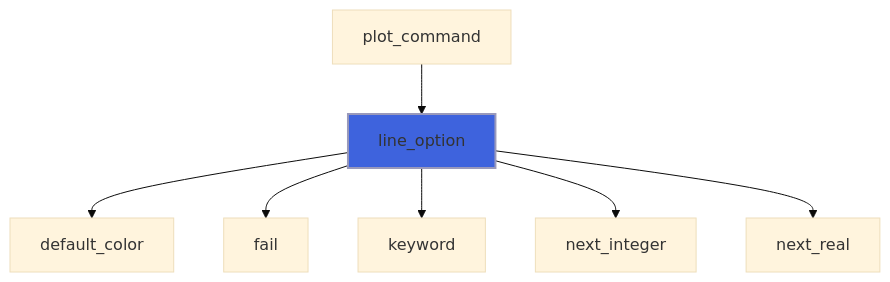
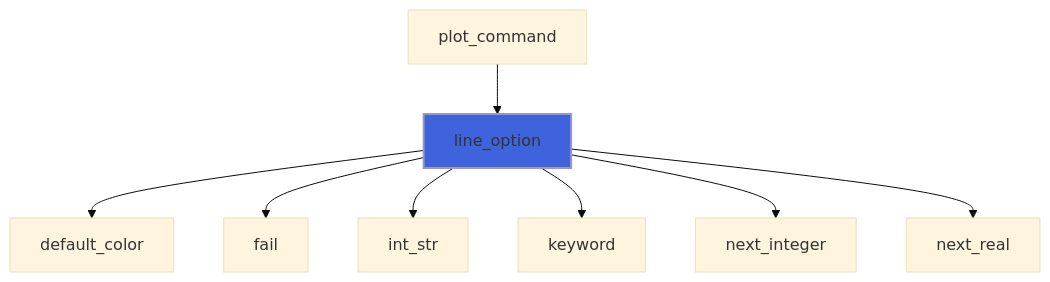
Before and after one commit to szaghi/foresight: diagram 31 of 35 in docs/api/src/lib/foresight_script.md, drawn with Mermaid (base theme). The commit also changed other lines of this file and 97 other files, not shown here.

````diff
--- a/docs/api/src/lib/foresight_script.md
+++ b/docs/api/src/lib/foresight_script.md
@@ -919,10 +1079,11 @@
 ```mermaid
 flowchart TD
   plot_command["plot_command"] --> line_option["line_option"]
   line_option["line_option"] --> default_color["default_color"]
   line_option["line_option"] --> fail["fail"]
+  line_option["line_option"] --> int_str["int_str"]
   line_option["line_option"] --> keyword["keyword"]
   line_option["line_option"] --> next_integer["next_integer"]
   line_option["line_option"] --> next_real["next_real"]
   style line_option fill:#3e63dd,stroke:#99b,stroke-width:2px
 ```
````
